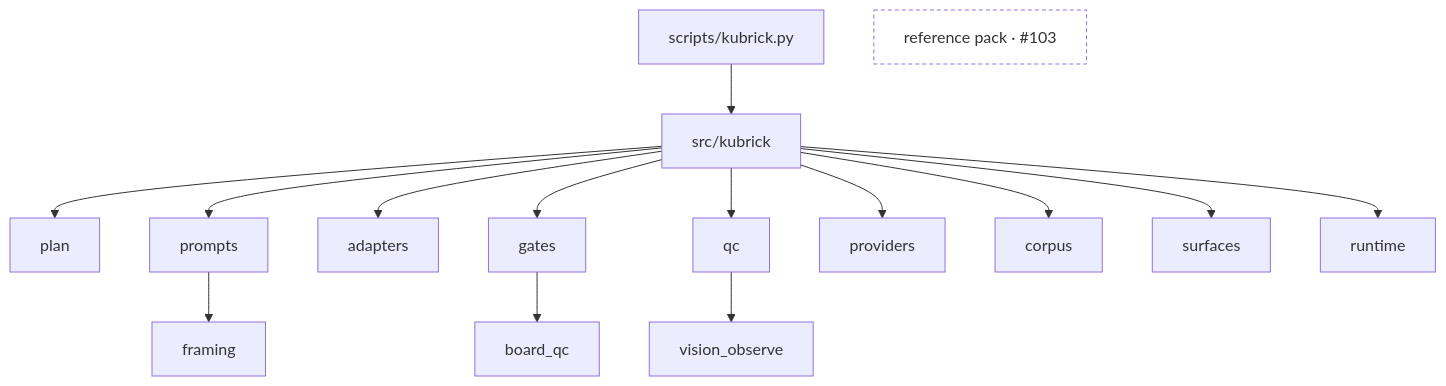
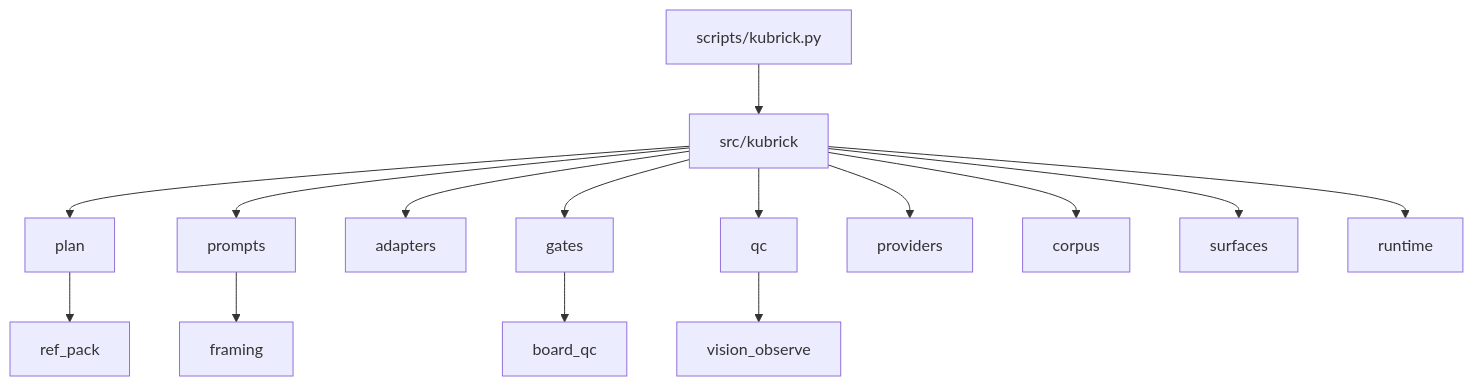
The diagram in README.md (Zero-State-LLC/Kubrick), drawn with Mermaid before and after one commit. The commit also changed other lines of this file and 15 other files, not shown here.

First line of the commit message:
Share one character reference pack and name chain drops (#103)

````diff
--- a/README.md
+++ b/README.md
@@ -36,19 +36,17 @@
 ```mermaid
 flowchart TB
   cli["scripts/kubrick.py"] --> core["src/kubrick"]
   core --> plan["plan"]
   core --> prompts["prompts"]
   prompts --> framing["framing"]
   core --> adapters["adapters"]
   core --> gates["gates"]
   gates --> board["board_qc"]
   core --> qc["qc"]
   qc --> take["vision_observe"]
   core --> providers["providers"]
   core --> corpus["corpus"]
   core --> surfaces["surfaces"]
   core --> runtime["runtime"]
-  refpack["reference pack · #103"]
-  classDef planned stroke-dasharray: 4 3,fill:none
-  class refpack planned
+  plan --> refpack["ref_pack"]
 ```
````
